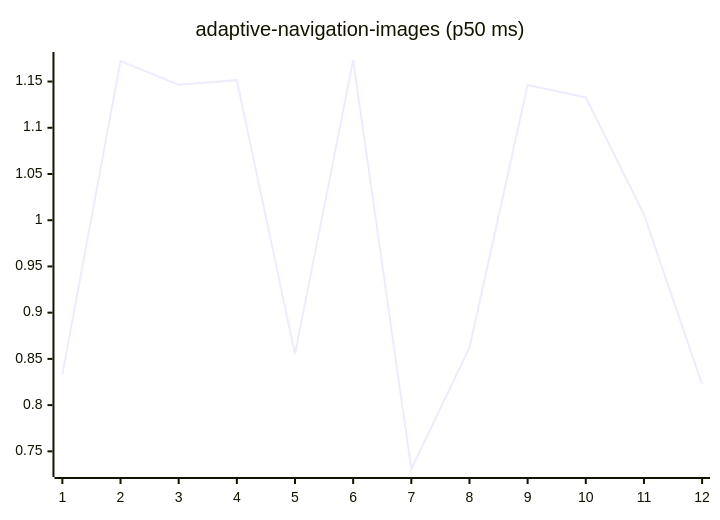
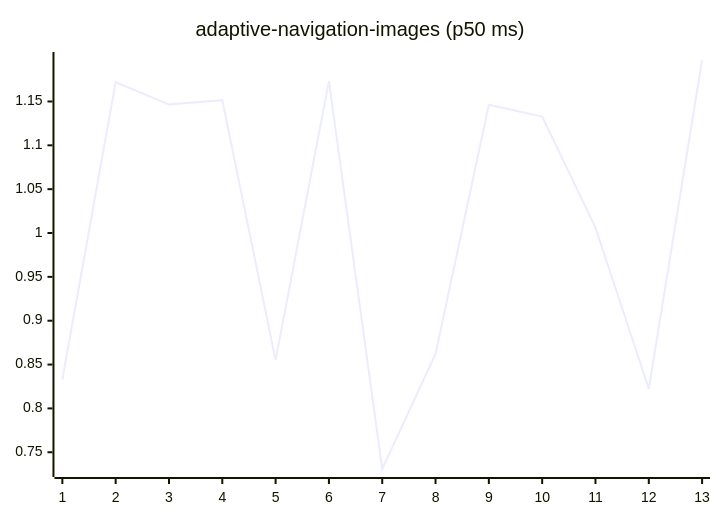
One commit to josha/Facet changed the first of 27 diagrams in README.md. Above: the diagram before and after it, drawn with Mermaid. The commit also changed other lines of this file and 2 other files, not shown here.

````diff
--- a/README.md
+++ b/README.md
@@ -63,6 +63,6 @@
 ```mermaid
 xychart-beta
     title "adaptive-navigation-images (p50 ms)"
-    x-axis 1 --> 12
-    line [0.8330, 1.1721, 1.1465, 1.1515, 0.8551, 1.1733, 0.7309, 0.8622, 1.1462, 1.1328, 1.0062, 0.8224]
+    x-axis 1 --> 13
+    line [0.8330, 1.1721, 1.1465, 1.1515, 0.8551, 1.1733, 0.7309, 0.8622, 1.1462, 1.1328, 1.0062, 0.8224, 1.1973]
 ```
````
